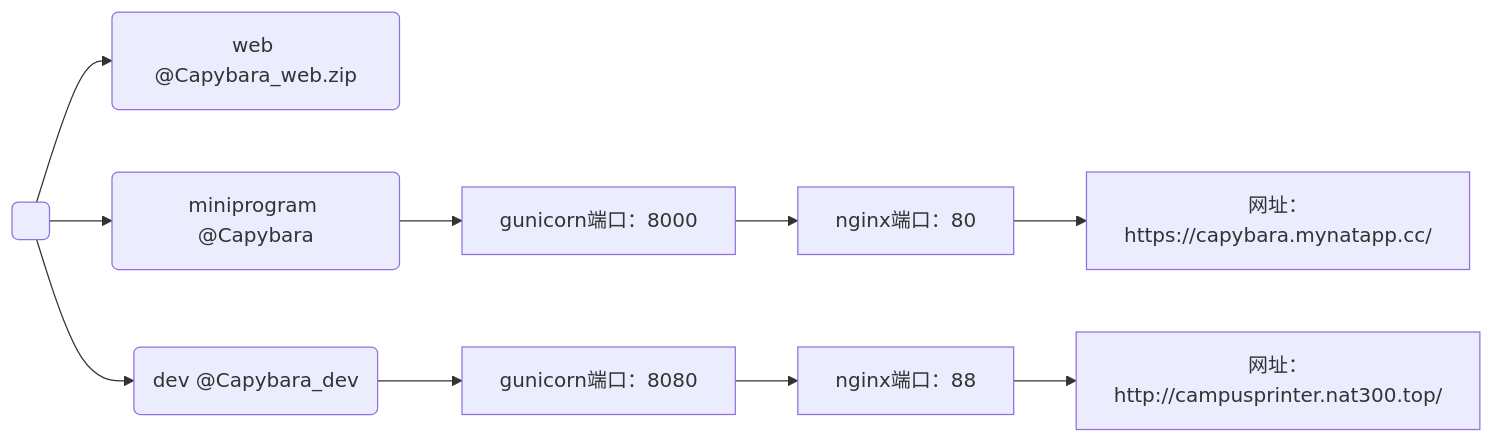
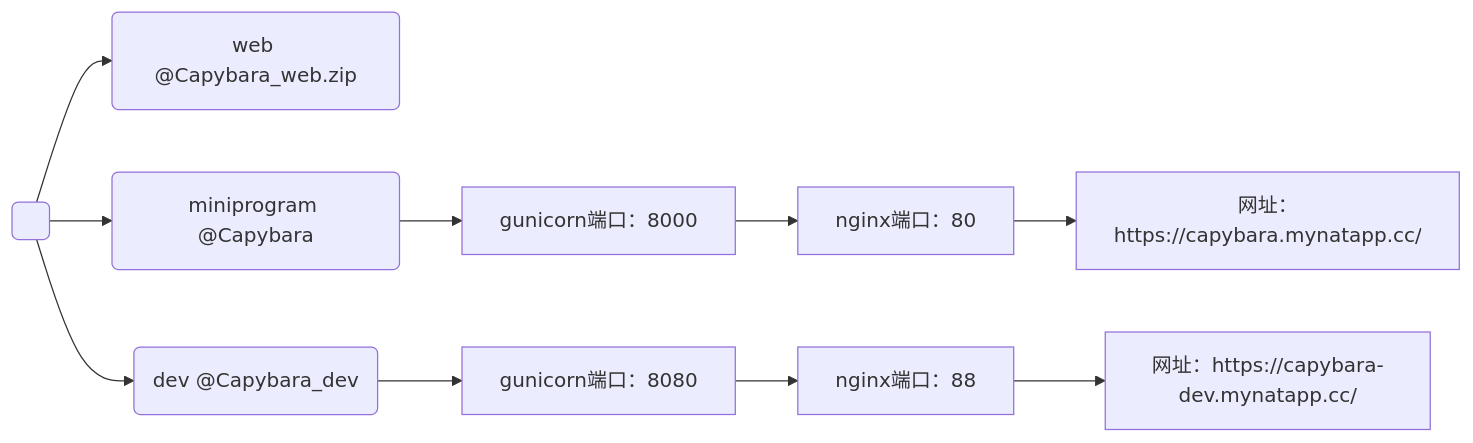
The diagram in README.md (ZouJoelin/Capybara), drawn with Mermaid before and after one commit. The commit also changed 3 other files, not shown here.

````diff
--- a/README.md
+++ b/README.md
@@ -9,7 +9,7 @@
 ```mermaid
 graph LR
 ori( ) --> branch0(web @Capybara_web.zip)
 ori( ) --> branch1(miniprogram @Capybara) --> gunicorn1[gunicorn端口：8000] --> nginx1[nginx端口：80] --> url1[网址：https://capybara.mynatapp.cc/]
-ori --> branch2(dev @Capybara_dev) --> gunicorn2[gunicorn端口：8080] --> nginx2[nginx端口：88] --> url2[网址：http://campusprinter.nat300.top/]
+ori --> branch2(dev @Capybara_dev) --> gunicorn2[gunicorn端口：8080] --> nginx2[nginx端口：88] --> url2[网址：https://capybara-dev.mynatapp.cc/]
 
 ```
````
